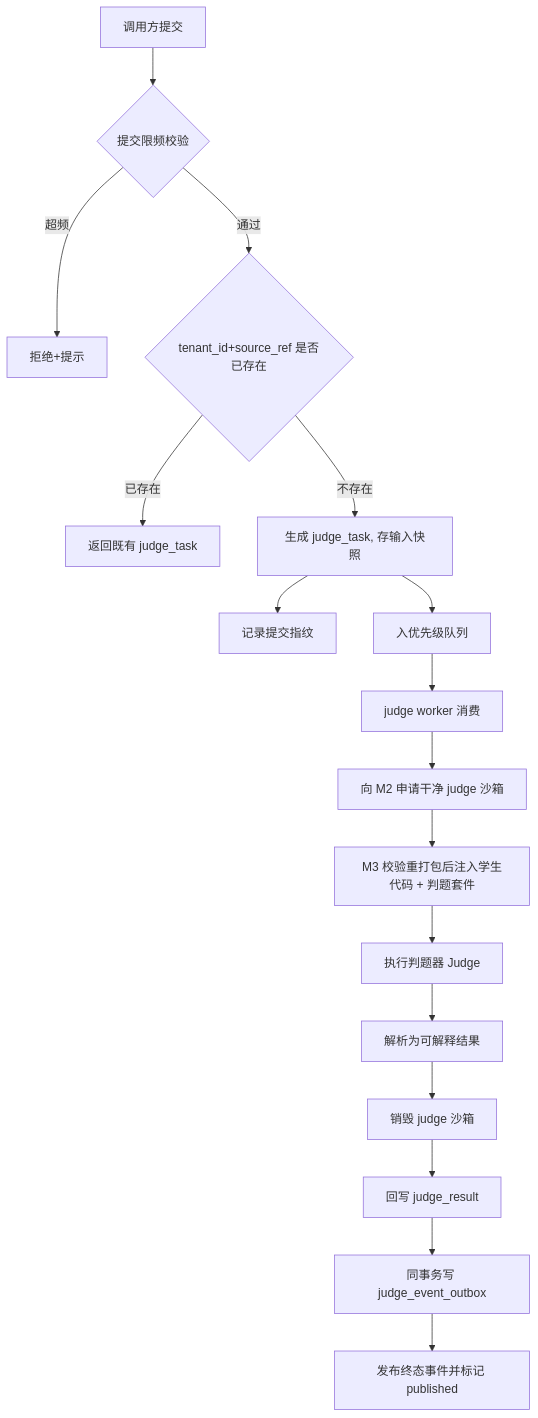
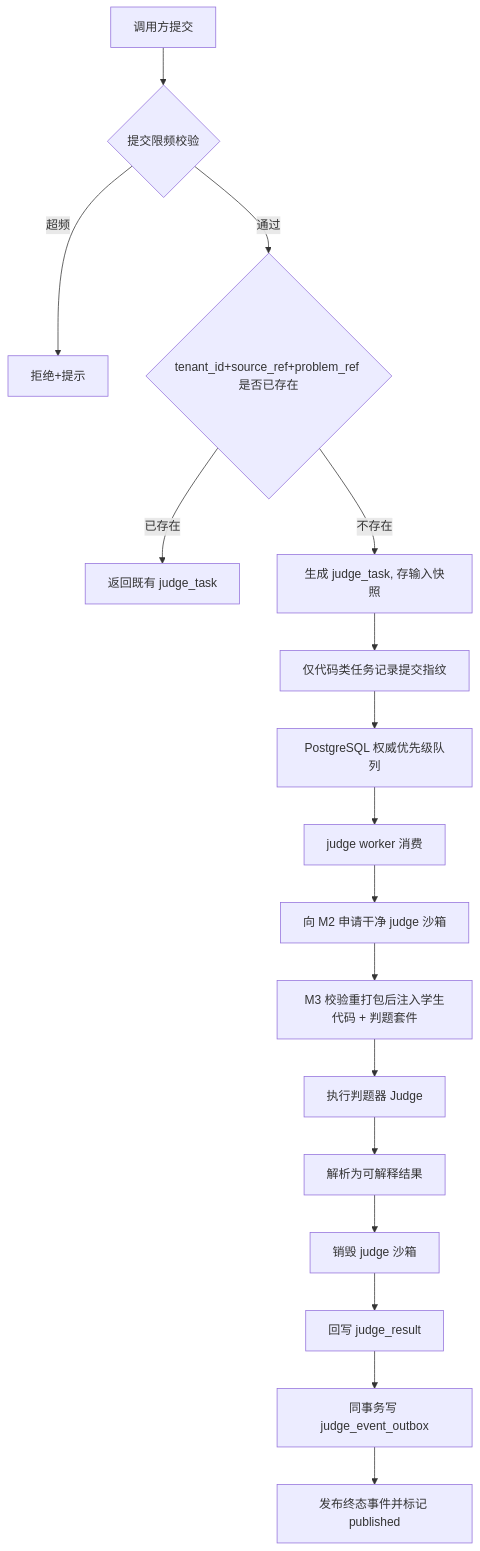
Before and after one commit to menghuishisan/CHAIMIR: the first of 5 diagrams in docs/03-评测引擎/05-业务流程与状态机.md, drawn with Mermaid. The commit also changed other lines of this file and 340 other files, not shown here.

````diff
--- a/docs/03-评测引擎/05-业务流程与状态机.md
+++ b/docs/03-评测引擎/05-业务流程与状态机.md
@@ -10,19 +10,19 @@
 ```mermaid
 flowchart TD
     A[调用方提交] --> B{提交限频校验}
     B -->|超频| Z[拒绝+提示]
-    B -->|通过| C{tenant_id+source_ref 是否已存在}
+    B -->|通过| C{tenant_id+source_ref+problem_ref 是否已存在}
     C -->|已存在| R[返回既有 judge_task]
     C -->|不存在| D[生成 judge_task, 存输入快照]
-    D --> E[记录提交指纹]
-    D --> F[入优先级队列]
+    D --> E[仅代码类任务记录提交指纹]
+    E --> F[PostgreSQL 权威优先级队列]
     F --> G[judge worker 消费]
     G --> H[向 M2 申请干净 judge 沙箱]
     H --> I[M3 校验重打包后注入学生代码 + 判题套件]
     I --> J[执行判题器 Judge]
     J --> K[解析为可解释结果]
     K --> L[销毁 judge 沙箱]
     L --> M[回写 judge_result]
     M --> N[同事务写 judge_event_outbox]
     N --> O[发布终态事件并标记 published]
 ```
````
